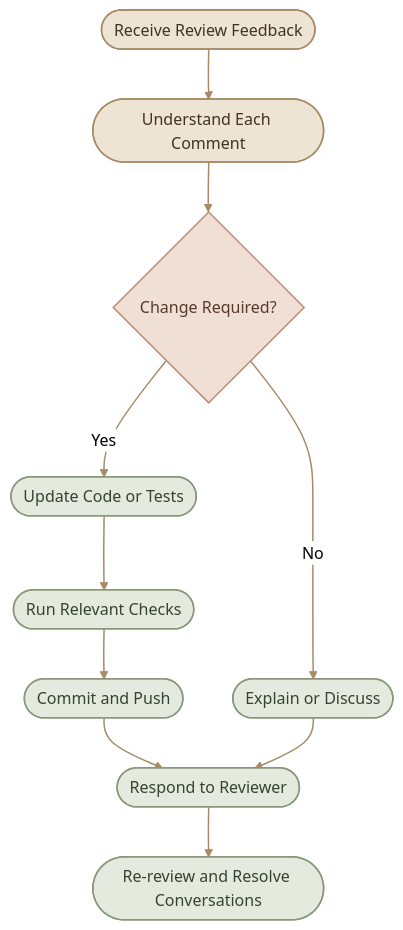
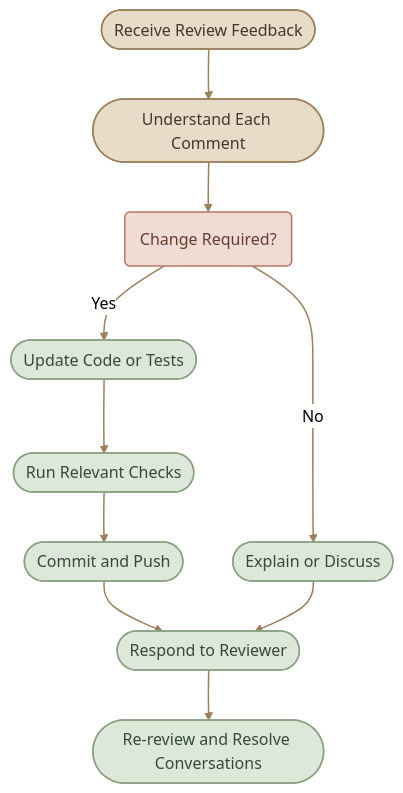
Before and after one commit to mustafammasoud/ops-handbook: the third of 4 diagrams in content/version-control/Git and GitHub/code-reviews.mdx, drawn with Mermaid (neutral theme). The commit also changed other lines of this file and 17 other files, not shown here.

````diff
--- a/content/version-control/Git and GitHub/code-reviews.mdx
+++ b/content/version-control/Git and GitHub/code-reviews.mdx
@@ -406,21 +456,21 @@
 ```mermaid
 flowchart TD
     A(["Receive Review Feedback"]) --> B(["Understand Each Comment"])
-    B --> C{"Change Required?"}
+    B --> C("Change Required?")
     C -->|Yes| D(["Update Code or Tests"])
     C -->|No| E(["Explain or Discuss"])
     D --> F(["Run Relevant Checks"])
     F --> G(["Commit and Push"])
     G --> H(["Respond to Reviewer"])
     E --> H
     H --> I(["Re-review and Resolve Conversations"])
 
-    classDef feedback fill:#eee4d4,stroke:#a78b67,color:#403326,stroke-width:1.5px
-    classDef action fill:#e5eadf,stroke:#89977b,color:#344333,stroke-width:1.5px
-    classDef decision fill:#f0dfd5,stroke:#bd8c73,color:#57392d,stroke-width:1.5px
+    classDef feedback fill:#E7DCC8,stroke:#9B8059,color:#46372A,stroke-width:1.5px
+    classDef action fill:#DDE8D8,stroke:#8AA184,color:#344B38,stroke-width:1.5px
+    classDef decision fill:#f0dcd4,stroke:#b47762,color:#663b2d,stroke-width:1.5px
 
     class A,B feedback
     class D,E,F,G,H,I action
     class C decision
-    linkStyle default stroke:#a78b67,stroke-width:1.5px
+    linkStyle default stroke:#9B8059,stroke-width:1.5px
 ```
````
